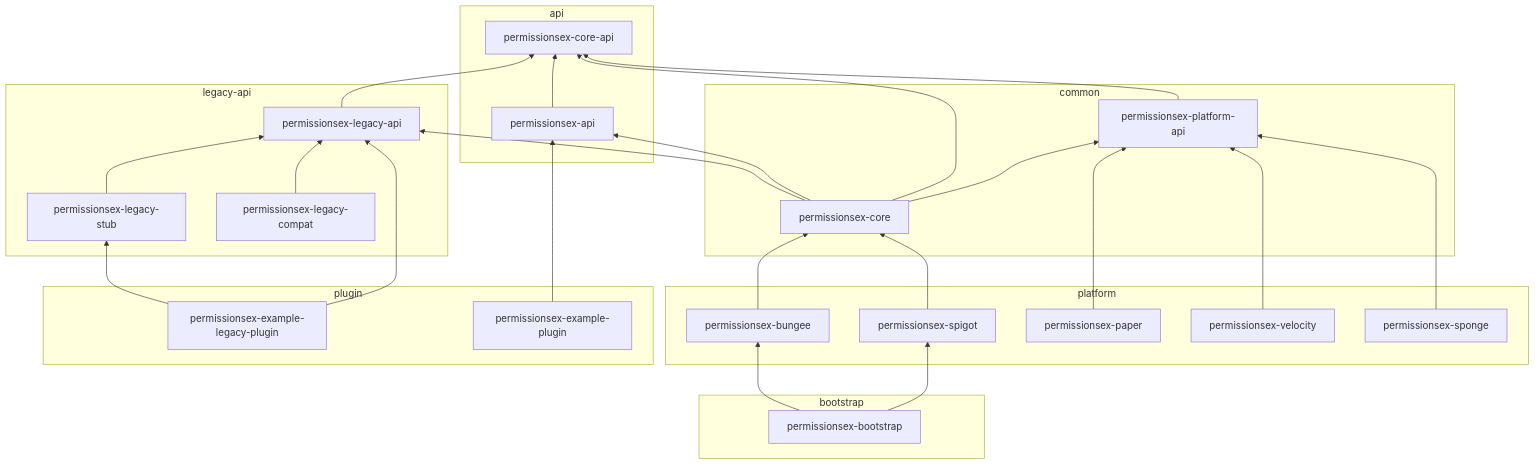
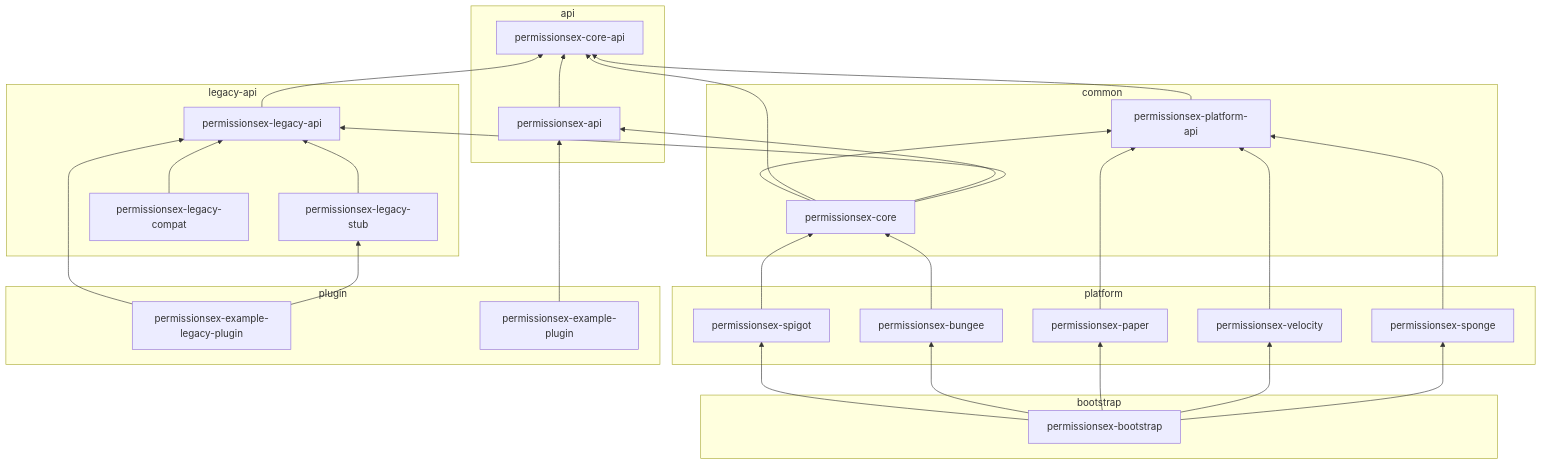
The diagram in README.md (rowan-smith/PexPlus), drawn with Mermaid before and after one commit. The commit also changed other lines of this file and 12 other files, not shown here.

First line of the commit message:
Add Paper, Velocity, and Sponge to universal bootstrap jar

````diff
--- a/README.md
+++ b/README.md
@@ -15,49 +15,52 @@
 ```mermaid
 flowchart BT
   subgraph legacy [legacy-api]
     legacyMod[permissionsex-legacy-api]
     stub[permissionsex-legacy-stub]
     compat[permissionsex-legacy-compat]
     stub --> legacyMod
     compat --> legacyMod
   end
   subgraph api [api]
     coreapi[permissionsex-core-api]
     apiMod[permissionsex-api]
     apiMod --> coreapi
   end
   subgraph common [common]
     platformapi[permissionsex-platform-api]
     core[permissionsex-core]
     platformapi --> coreapi
     core --> platformapi
     core --> coreapi
     core --> apiMod
     core --> legacyMod
   end
   subgraph platform [platform]
     spigot[permissionsex-spigot]
     bungee[permissionsex-bungee]
     paper[permissionsex-paper]
     velocity[permissionsex-velocity]
     sponge[permissionsex-sponge]
     spigot --> core
     bungee --> core
     paper --> platformapi
     velocity --> platformapi
     sponge --> platformapi
   end
   subgraph bootstrap [bootstrap]
     boot[permissionsex-bootstrap]
     boot --> spigot
     boot --> bungee
+    boot --> paper
+    boot --> velocity
+    boot --> sponge
   end
   subgraph plugin [plugin]
     exampleLegacy[permissionsex-example-legacy-plugin]
     example[permissionsex-example-plugin]
     exampleLegacy --> legacyMod
     exampleLegacy --> stub
     example --> apiMod
   end
   legacyMod --> coreapi
 ```
````
